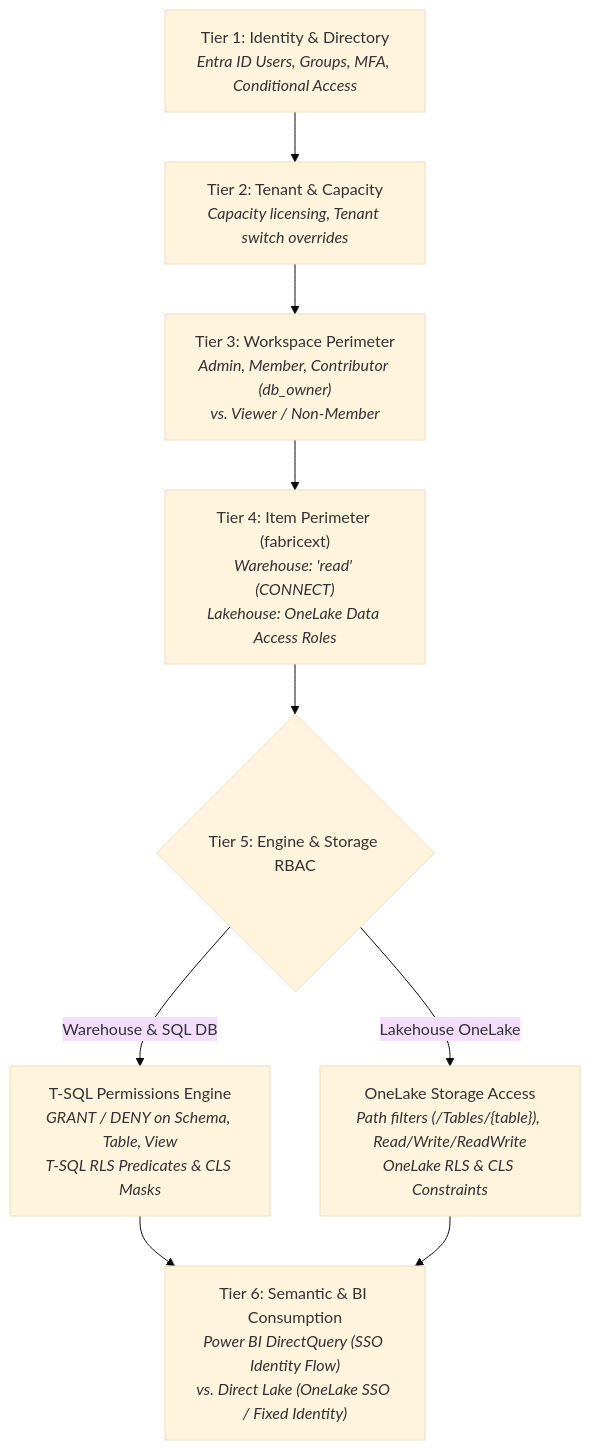
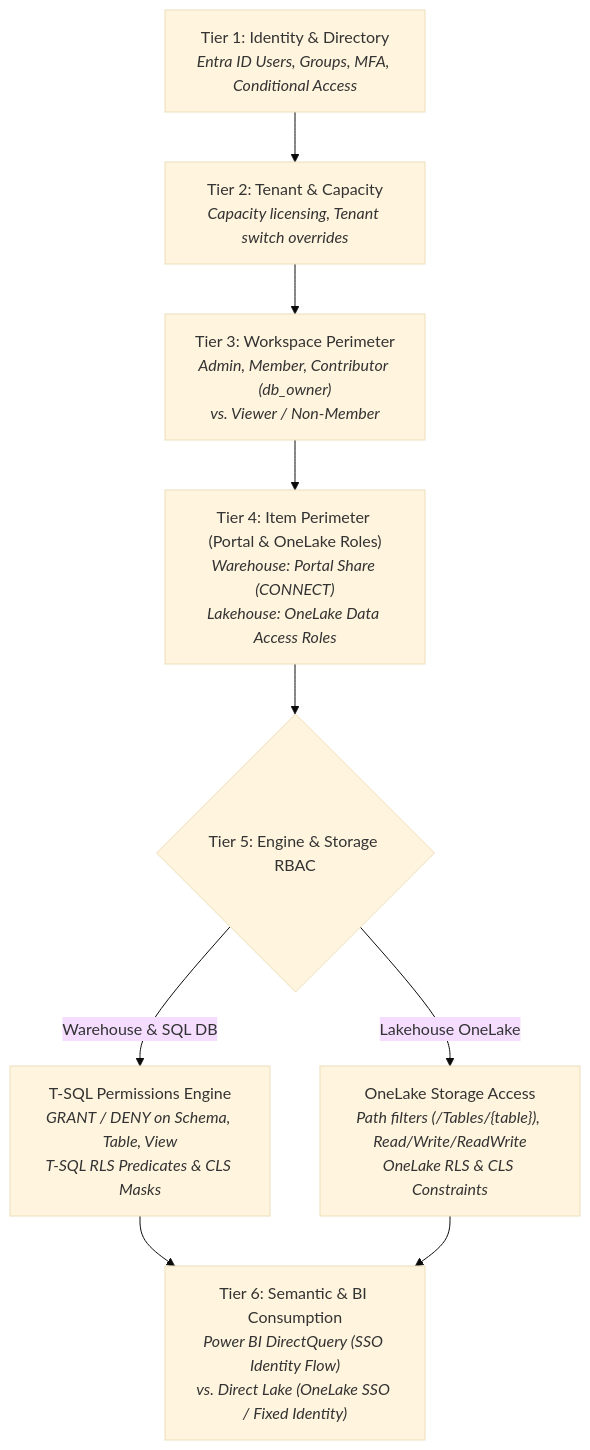
The first of 2 diagrams in guides/granular_access_control.md (jambazid/terraform-provider-fabricext), drawn with Mermaid (base theme) before and after one commit. The commit also changed other lines of this file and 26 other files, not shown here.

````diff
--- a/guides/granular_access_control.md
+++ b/guides/granular_access_control.md
@@ -71,11 +71,11 @@
 ```mermaid
 flowchart TD
     A["Tier 1: Identity & Directory<br/><i>Entra ID Users, Groups, MFA, Conditional Access</i>"] --> B["Tier 2: Tenant & Capacity<br/><i>Capacity licensing, Tenant switch overrides</i>"]
     B --> C["Tier 3: Workspace Perimeter<br/><i>Admin, Member, Contributor (db_owner)<br/>vs. Viewer / Non-Member</i>"]
-    C --> D["Tier 4: Item Perimeter (fabricext)<br/><i>Warehouse: 'read' (CONNECT)<br/>Lakehouse: OneLake Data Access Roles</i>"]
+    C --> D["Tier 4: Item Perimeter (Portal & OneLake Roles)<br/><i>Warehouse: Portal Share (CONNECT)<br/>Lakehouse: OneLake Data Access Roles</i>"]
     D --> E{"Tier 5: Engine & Storage RBAC"}
     E -->|Warehouse & SQL DB| F["T-SQL Permissions Engine<br/><i>GRANT / DENY on Schema, Table, View<br/>T-SQL RLS Predicates & CLS Masks</i>"]
     E -->|Lakehouse OneLake| G["OneLake Storage Access<br/><i>Path filters (/Tables/{table}), Read/Write/ReadWrite<br/>OneLake RLS & CLS Constraints</i>"]
     F --> H["Tier 6: Semantic & BI Consumption<br/><i>Power BI DirectQuery (SSO Identity Flow)<br/>vs. Direct Lake (OneLake SSO / Fixed Identity)</i>"]
     G --> H
 ```
````
